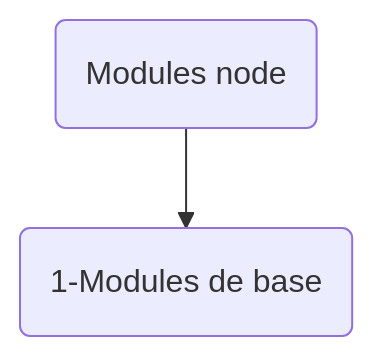
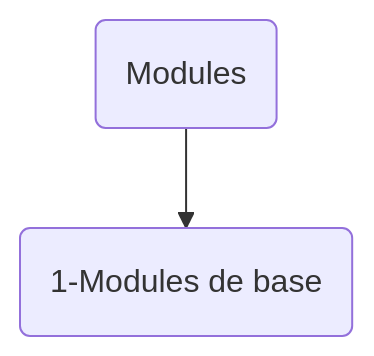
One commit to labs-web/lab-scrum changed the diagram in docs/pkg_gestion_projet/2.0.Introduction.md. Above: the diagram before and after it, drawn with Mermaid. The commit also changed other lines of this file and 9 other files, not shown here.

```diff
--- a/docs/pkg_gestion_projet/2.0.Introduction.md
+++ b/docs/pkg_gestion_projet/2.0.Introduction.md
@@ -13,5 +13,5 @@
 <div class="mermaid">
 flowchart 
-0(Modules node) 
+0(Modules) 
 0-->1(1-Modules de base)
 </div>
```
